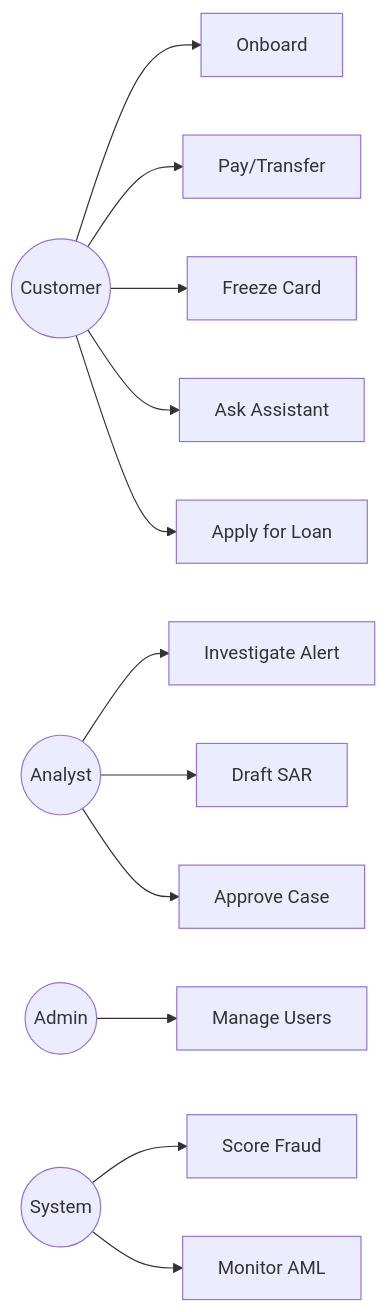
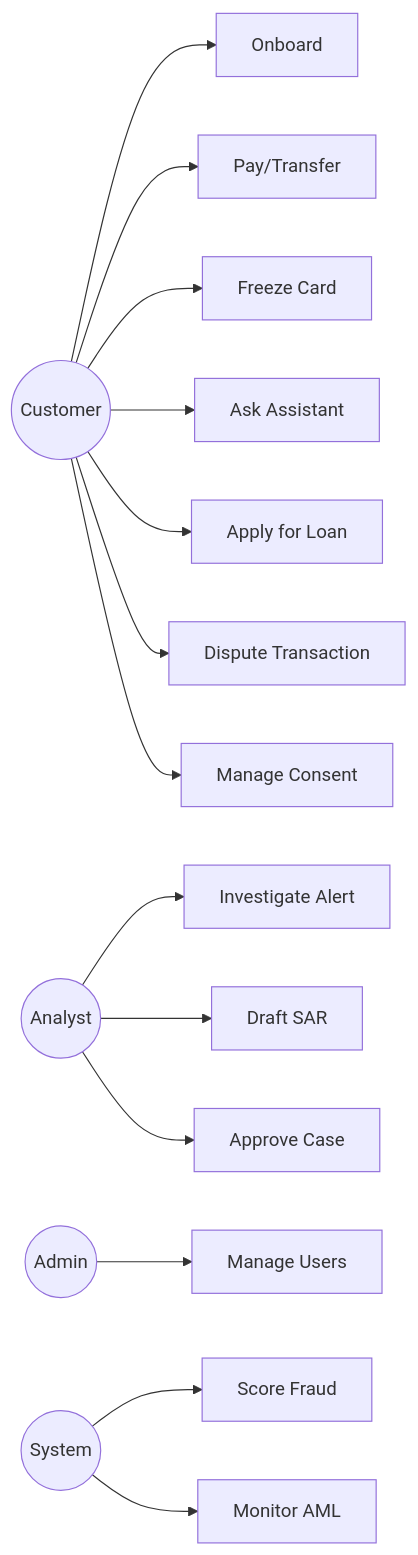
Before and after one commit to jsavinash/aegis-bank: the first of 3 diagrams in aegis-documentation/04_engineering_and_code/02_low_level_design_and_patterns/01_uml_modeling_and_system_use_cases.md, drawn with Mermaid. The commit also changed other lines of this file, not shown here.

First line of the commit message:
docs: expand UML/use-case coverage

````diff
--- a/aegis-documentation/04_engineering_and_code/02_low_level_design_and_patterns/01_uml_modeling_and_system_use_cases.md
+++ b/aegis-documentation/04_engineering_and_code/02_low_level_design_and_patterns/01_uml_modeling_and_system_use_cases.md
@@ -5,14 +7,16 @@
 ```mermaid
 flowchart LR
     Customer((Customer)) --> UC1[Onboard]
     Customer --> UC2[Pay/Transfer]
     Customer --> UC3[Freeze Card]
     Customer --> UC4[Ask Assistant]
     Customer --> UC5[Apply for Loan]
+    Customer --> UC9[Dispute Transaction]
+    Customer --> UC10[Manage Consent]
     Analyst((Analyst)) --> UC6[Investigate Alert]
     Analyst --> UC7[Draft SAR]
     Analyst --> UC8[Approve Case]
-    Admin((Admin)) --> UC9[Manage Users]
-    System((System)) --> UC10[Score Fraud]
-    System --> UC11[Monitor AML]
+    Admin((Admin)) --> UC11[Manage Users]
+    System((System)) --> UC12[Score Fraud]
+    System --> UC13[Monitor AML]
 ```
````
